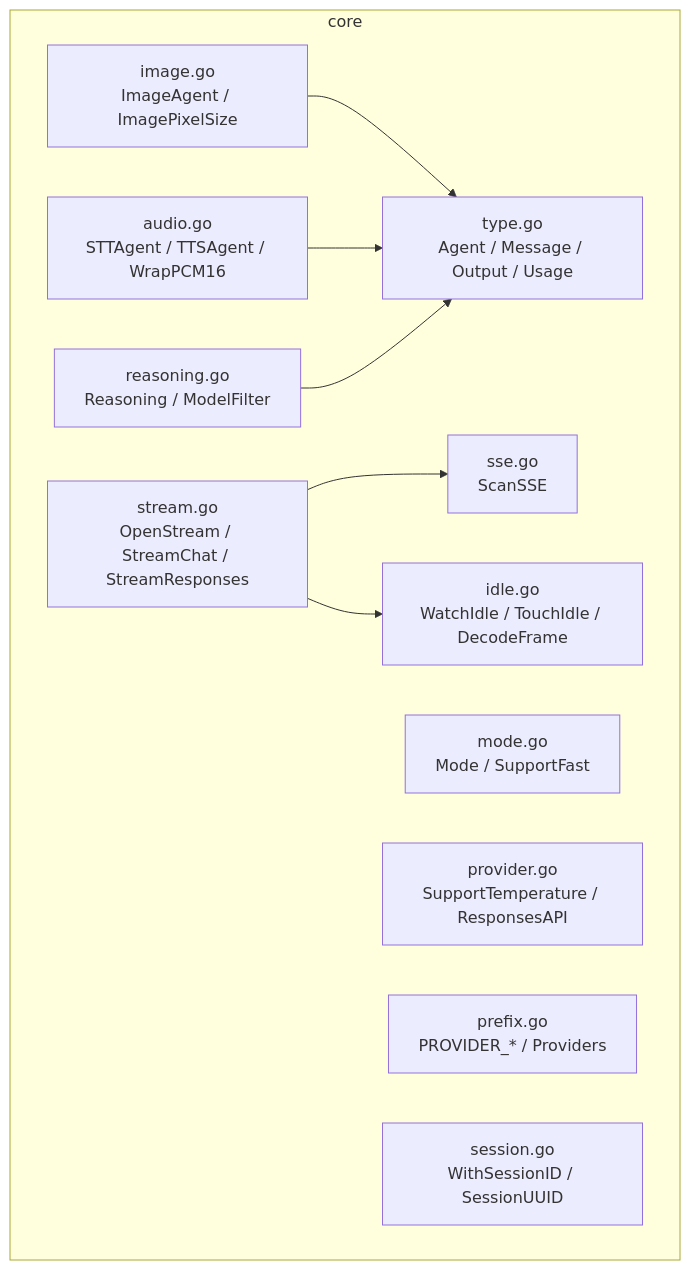
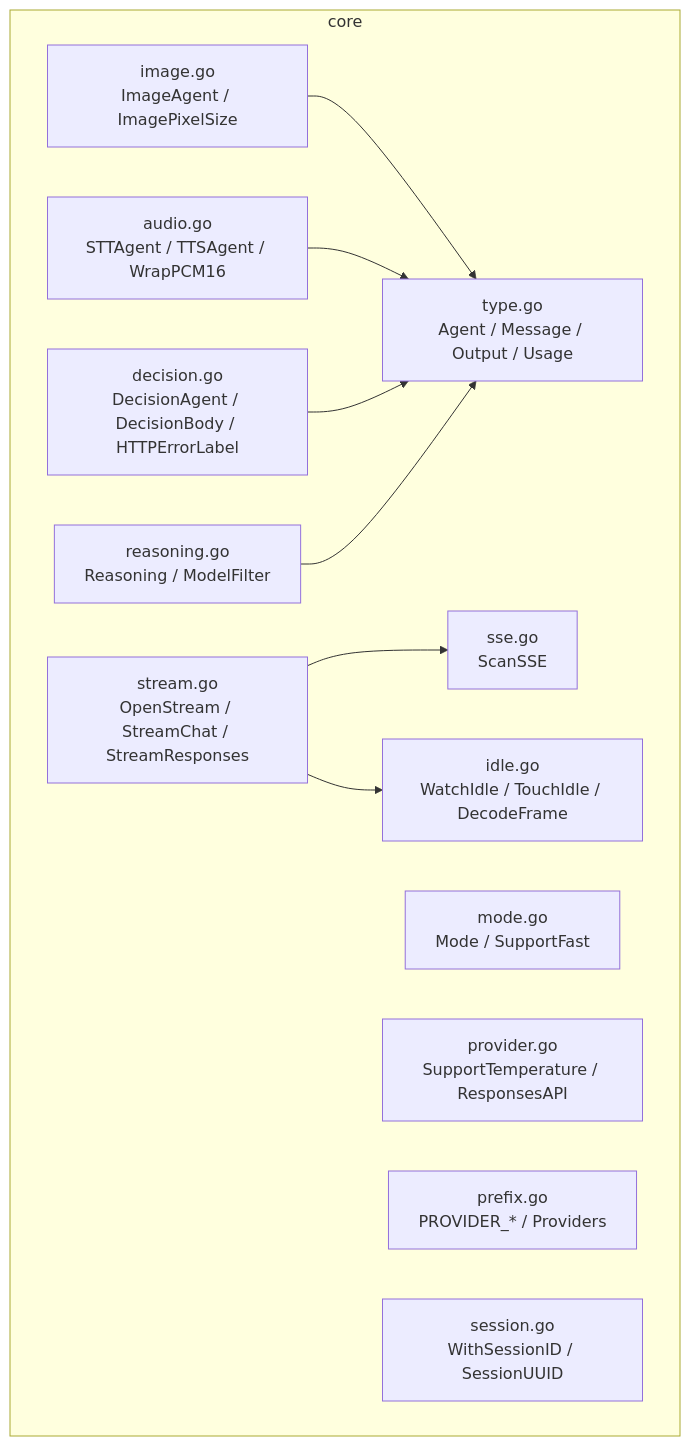
Before and after one commit to pardnchiu/go-llm-router: the second of 12 diagrams in doc/architecture.zh.md, drawn with Mermaid. The commit also changed other lines of this file and 32 other files, not shown here.

````diff
--- a/doc/architecture.zh.md
+++ b/doc/architecture.zh.md
@@ -52,21 +57,23 @@
 ```mermaid
 graph TB
     subgraph core
         Type[type.go<br/>Agent / Message / Output / Usage]
         Reasoning[reasoning.go<br/>Reasoning / ModelFilter]
         Mode[mode.go<br/>Mode / SupportFast]
         Provider[provider.go<br/>SupportTemperature / ResponsesAPI]
         Stream[stream.go<br/>OpenStream / StreamChat / StreamResponses]
         SSE[sse.go<br/>ScanSSE]
         Idle[idle.go<br/>WatchIdle / TouchIdle / DecodeFrame]
         Prefix[prefix.go<br/>PROVIDER_* / Providers]
         Image[image.go<br/>ImageAgent / ImagePixelSize]
         Audio[audio.go<br/>STTAgent / TTSAgent / WrapPCM16]
+        DecisionFile[decision.go<br/>DecisionAgent / DecisionBody / HTTPErrorLabel]
         Session[session.go<br/>WithSessionID / SessionUUID]
     end
     Stream --> SSE
     Stream --> Idle
     Image --> Type
     Audio --> Type
+    DecisionFile --> Type
     Reasoning --> Type
 ```
````
